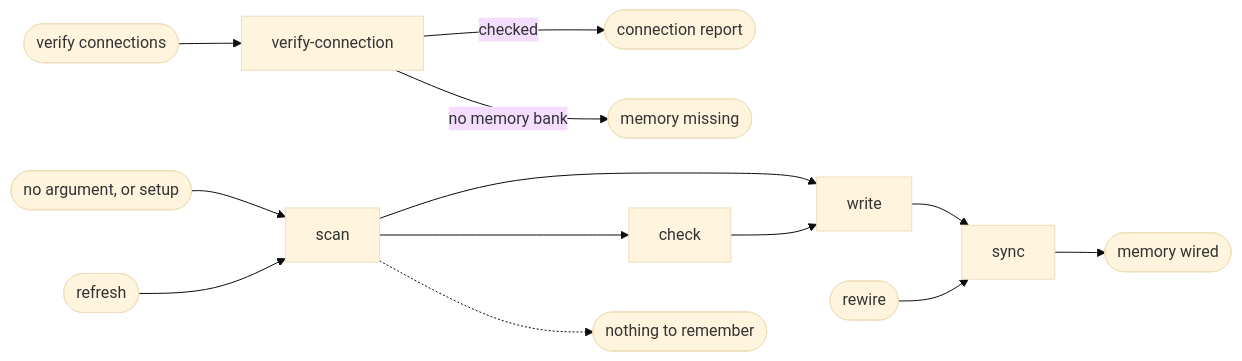
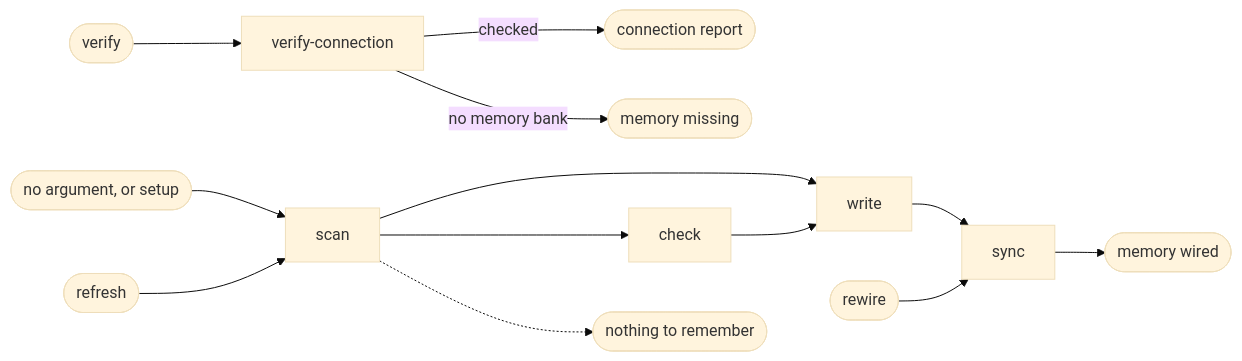
The diagram in plugins/aidd-context/skills/02-project-memory/SKILL.md (ai-driven-dev/framework), drawn with Mermaid (base theme) before and after one commit. The commit also changed other lines of this file, not shown here.

Commit message:
fix(aidd-context): use verify as the connection check entry

````diff
--- a/plugins/aidd-context/skills/02-project-memory/SKILL.md
+++ b/plugins/aidd-context/skills/02-project-memory/SKILL.md
@@ -9,10 +9,10 @@
 ```mermaid
 flowchart LR
   new([no argument, or setup]) --> scan --> write --> sync --> wired([memory wired])
   update([refresh]) --> scan --> check --> write
   rewire([rewire]) --> sync
-  connections([verify connections]) --> verify-connection
+  verify([verify]) --> verify-connection
   verify-connection -->|checked| reported([connection report])
   verify-connection -->|no memory bank| missing([memory missing])
   scan -.-> empty([nothing to remember])
 ```
````
